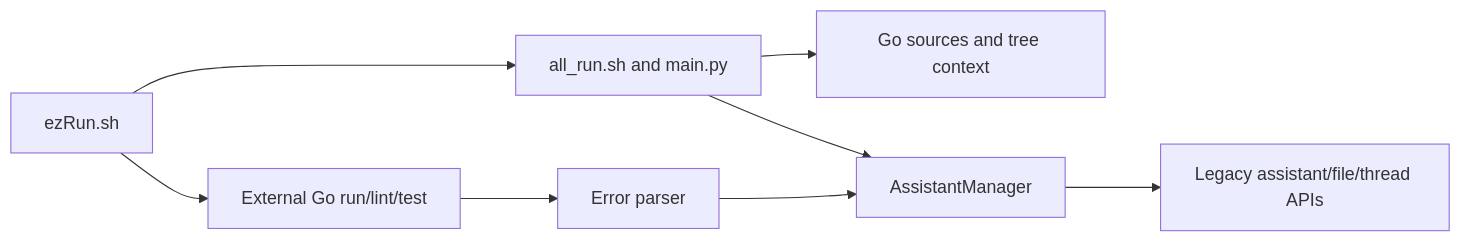
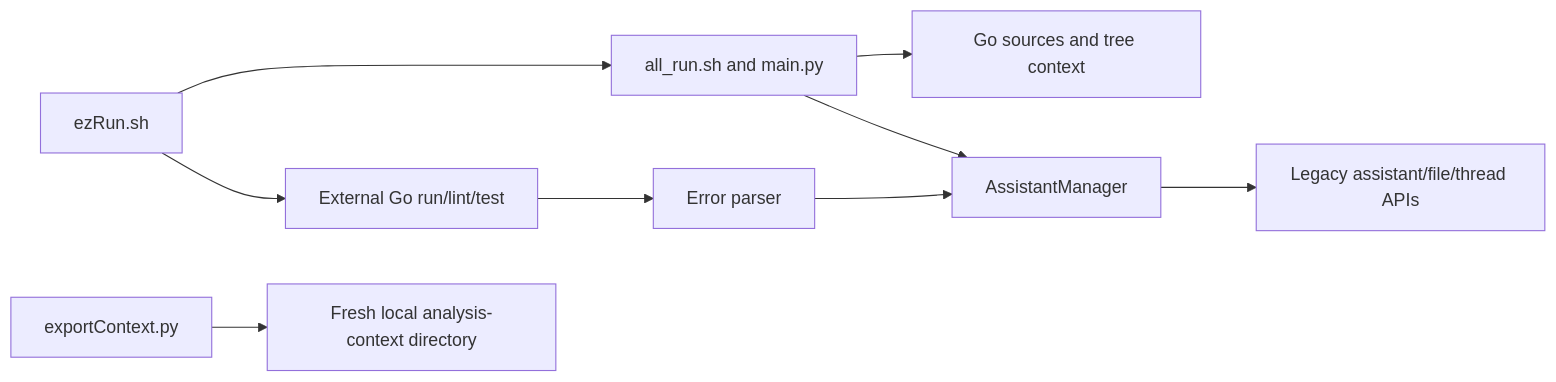
Before and after one commit to jckail/goPilot: the diagram in README.md, drawn with Mermaid. The commit also changed other lines of this file and 7 other files, not shown here.

Commit message:
Add provider-free Go context export [skip ci]

````diff
--- a/README.md
+++ b/README.md
@@ -18,10 +19,11 @@
 ```mermaid
 flowchart LR
   Shell[ezRun.sh] --> Helper[all_run.sh and main.py]
   Helper --> Context[Go sources and tree context]
   Helper --> Manager[AssistantManager]
   Manager --> Provider[Legacy assistant/file/thread APIs]
   Shell --> Go[External Go run/lint/test]
   Go --> Errors[Error parser]
   Errors --> Manager
+  Export[exportContext.py] --> Local[Fresh local analysis-context directory]
 ```
````
